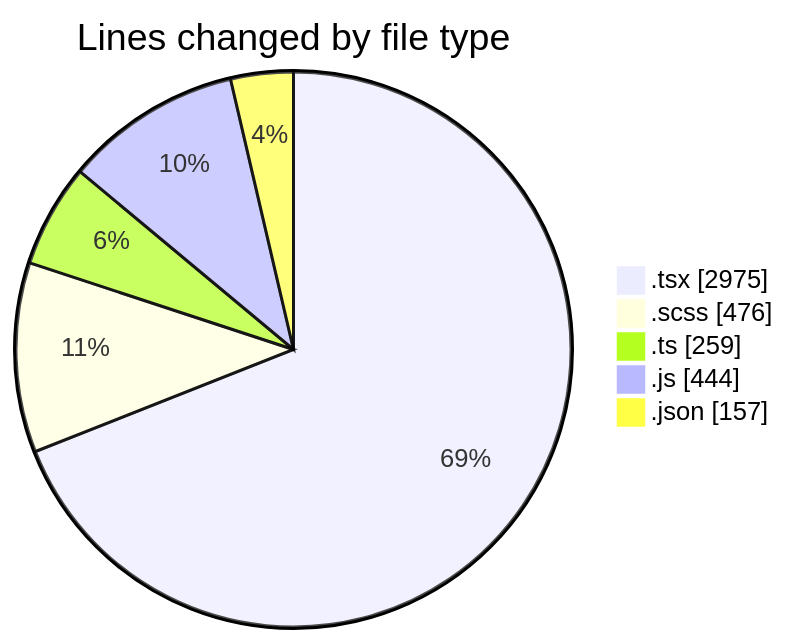
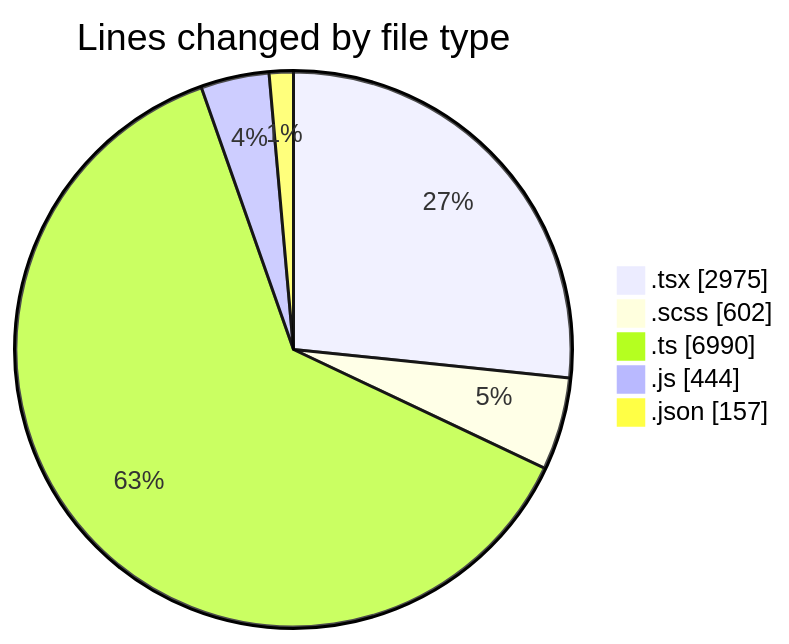
The first of 2 diagrams in 2026-04-23/cda/README.md (momahboobian/code-tracking), drawn with Mermaid before and after one commit. The commit also changed other lines of this file and 1 other file, not shown here.

````diff
--- a/2026-04-23/cda/README.md
+++ b/2026-04-23/cda/README.md
@@ -39,9 +40,9 @@
 ```mermaid
 pie showData
 title Lines changed by file type
 ".tsx" : 2975
-".scss" : 476
-".ts" : 259
+".scss" : 602
+".ts" : 6990
 ".js" : 444
 ".json" : 157
 ```
````
